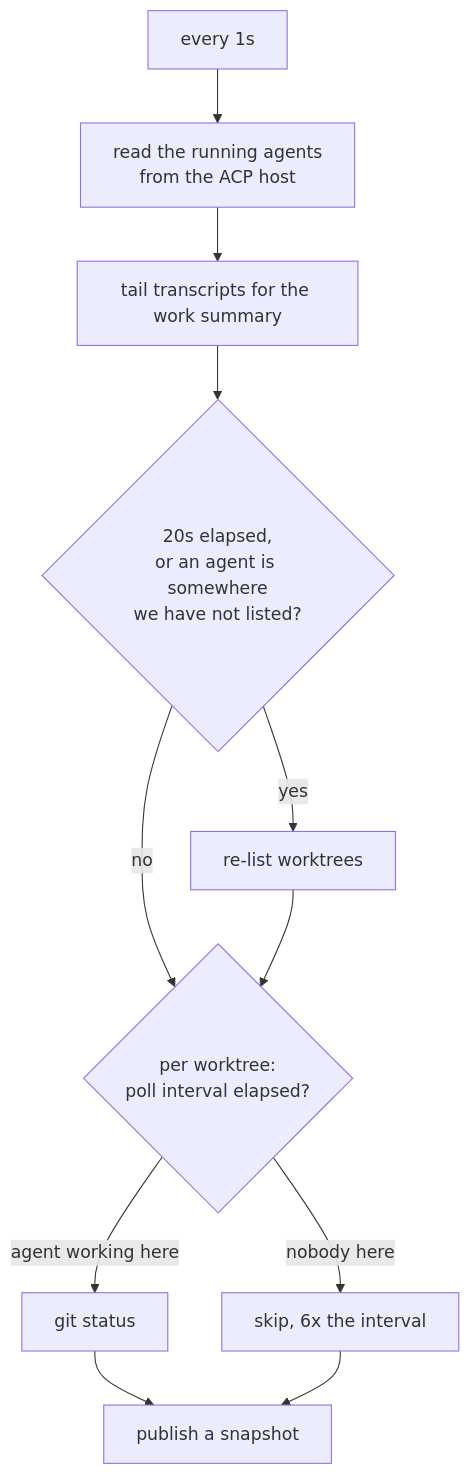
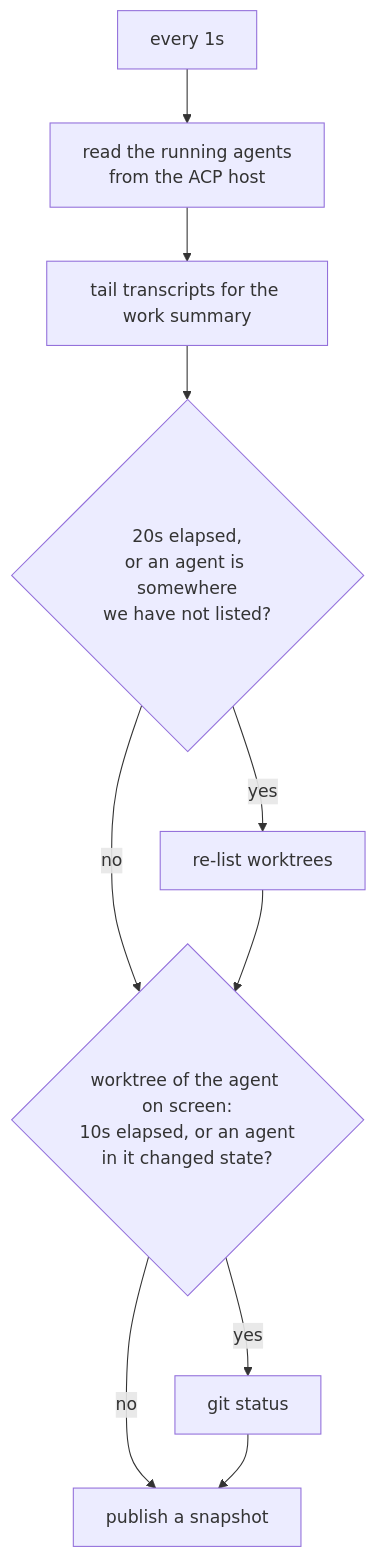
The second of 2 diagrams in README.md (BradenTerry/Tog), drawn with Mermaid before and after one commit. The commit also changed other lines of this file and 6 other files, not shown here.

First line of the commit message:
Read git status only for the agent on screen

````diff
--- a/README.md
+++ b/README.md
@@ -106,13 +106,12 @@
 ```mermaid
 flowchart TD
   T["every 1s"] --> A["read the running agents<br/>from the ACP host"]
   A --> B["tail transcripts for the work summary"]
   B --> D{"20s elapsed,<br/>or an agent is somewhere<br/>we have not listed?"}
   D -->|yes| E["re-list worktrees"]
   D -->|no| F
-  E --> F{"per worktree:<br/>poll interval elapsed?"}
-  F -->|"agent working here"| G["git status"]
-  F -->|"nobody here"| H["skip, 6x the interval"]
+  E --> F{"worktree of the agent on screen:<br/>10s elapsed, or an agent<br/>in it changed state?"}
+  F -->|yes| G["git status"]
+  F -->|no| I
   G --> I[publish a snapshot]
-  H --> I
 ```
````
